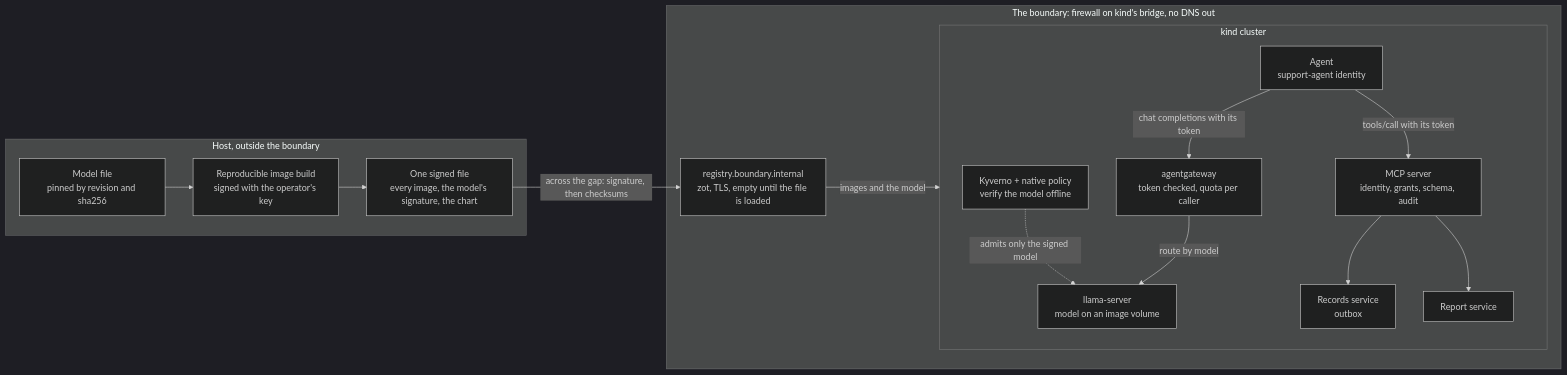
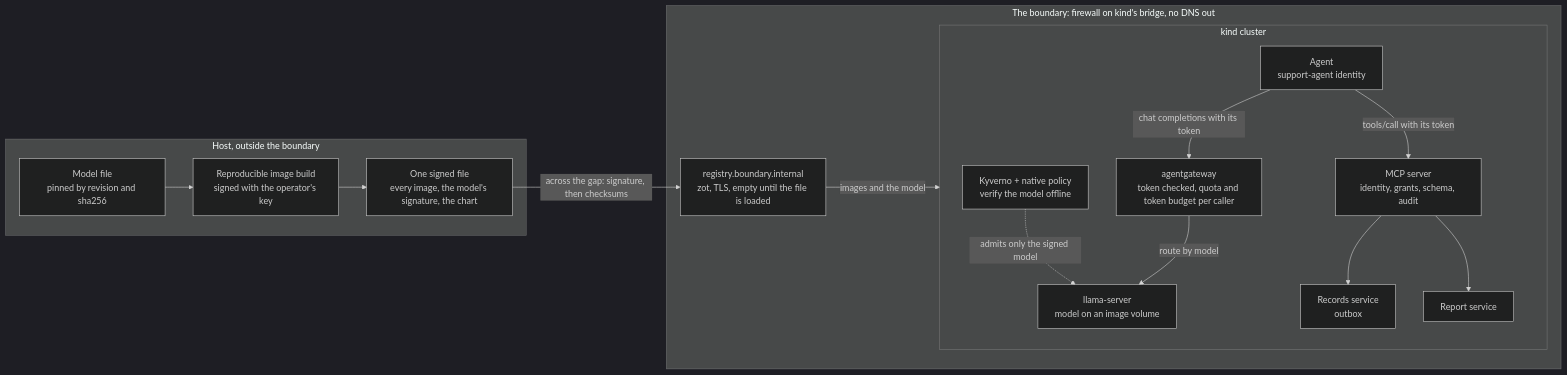
The diagram in README.md (heyvaldemar/kubernetes-air-gapped-ai-agent), drawn with Mermaid (dark theme) before and after one commit. The commit also changed other lines of this file and 12 other files, not shown here.

````diff
--- a/README.md
+++ b/README.md
@@ -76,27 +76,27 @@
 ```mermaid
 flowchart LR
   subgraph host["Host, outside the boundary"]
     hf["Model file<br/>pinned by revision and sha256"] --> build["Reproducible image build<br/>signed with the operator's key"]
     build --> file["One signed file<br/>every image, the model's signature, the chart"]
   end
   subgraph boundary["The boundary: firewall on kind's bridge, no DNS out"]
     reg["registry.boundary.internal<br/>zot, TLS, empty until the file is loaded"]
     subgraph cluster["kind cluster"]
       kyv["Kyverno + native policy<br/>verify the model offline"]
       llm["llama-server<br/>model on an image volume"]
-      gw["agentgateway<br/>token checked, quota per caller"]
+      gw["agentgateway<br/>token checked, quota and token budget per caller"]
       agent["Agent<br/>support-agent identity"]
       mcp["MCP server<br/>identity, grants, schema, audit"]
       rec["Records service<br/>outbox"]
       rep["Report service"]
     end
   end
   file -->|"across the gap: signature, then checksums"| reg
   reg -->|"images and the model"| cluster
   kyv -. "admits only the signed model" .-> llm
   agent -->|"chat completions with its token"| gw
   gw -->|"route by model"| llm
   agent -->|"tools/call with its token"| mcp
   mcp --> rec
   mcp --> rep
 ```
````
